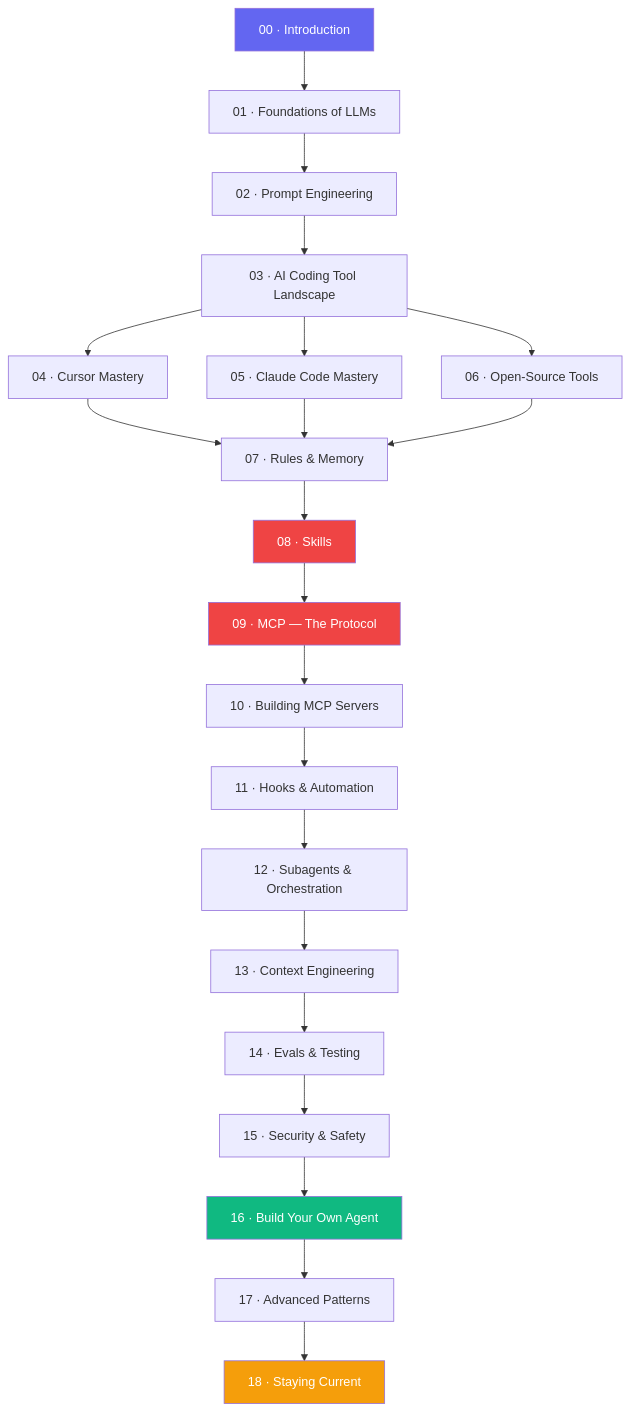
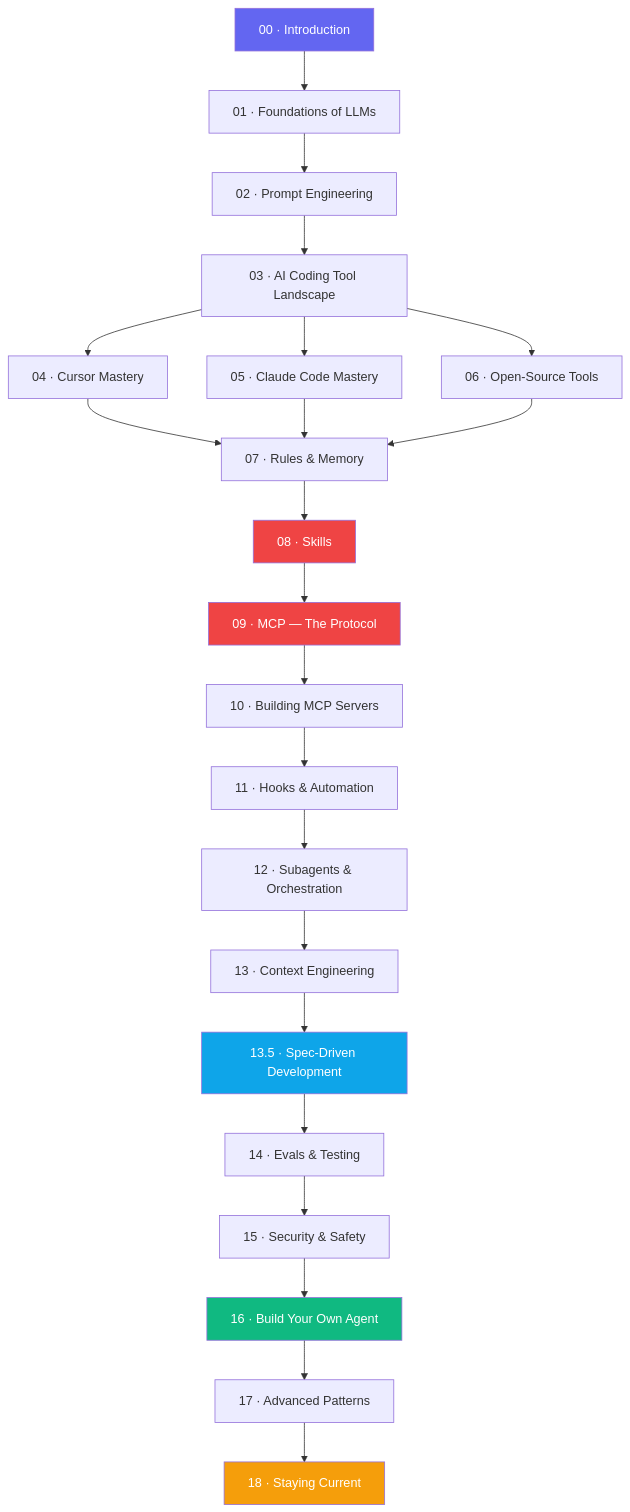
One commit to Isfhan/learn-agentic-coding changed the diagram in README.md. Above: the diagram before and after it, drawn with Mermaid. The commit also changed other lines of this file and 5 other files, not shown here.

Commit message:
Update README and ROADMAP to include Step 13.5: Spec-Driven Development; add new practice project for Spec-Driven mini feature

````diff
--- a/README.md
+++ b/README.md
@@ -34,29 +34,31 @@
 ```mermaid
 flowchart TD
     A[00 · Introduction] --> B[01 · Foundations of LLMs]
     B --> C[02 · Prompt Engineering]
     C --> D[03 · AI Coding Tool Landscape]
     D --> E1[04 · Cursor Mastery]
     D --> E2[05 · Claude Code Mastery]
     D --> E3[06 · Open-Source Tools]
     E1 --> F[07 · Rules & Memory]
     E2 --> F
     E3 --> F
     F --> G[08 · Skills]
     G --> H[09 · MCP — The Protocol]
     H --> I[10 · Building MCP Servers]
     I --> J[11 · Hooks & Automation]
     J --> K[12 · Subagents & Orchestration]
     K --> L[13 · Context Engineering]
-    L --> M[14 · Evals & Testing]
+    L --> L2[13.5 · Spec-Driven Development]
+    L2 --> M[14 · Evals & Testing]
     M --> N[15 · Security & Safety]
     N --> O[16 · Build Your Own Agent]
     O --> P[17 · Advanced Patterns]
     P --> Q[18 · Staying Current]
 
     style A fill:#6366f1,color:#fff
     style H fill:#ef4444,color:#fff
     style G fill:#ef4444,color:#fff
+    style L2 fill:#0ea5e9,color:#fff
     style O fill:#10b981,color:#fff
     style Q fill:#f59e0b,color:#fff
 ```
````
